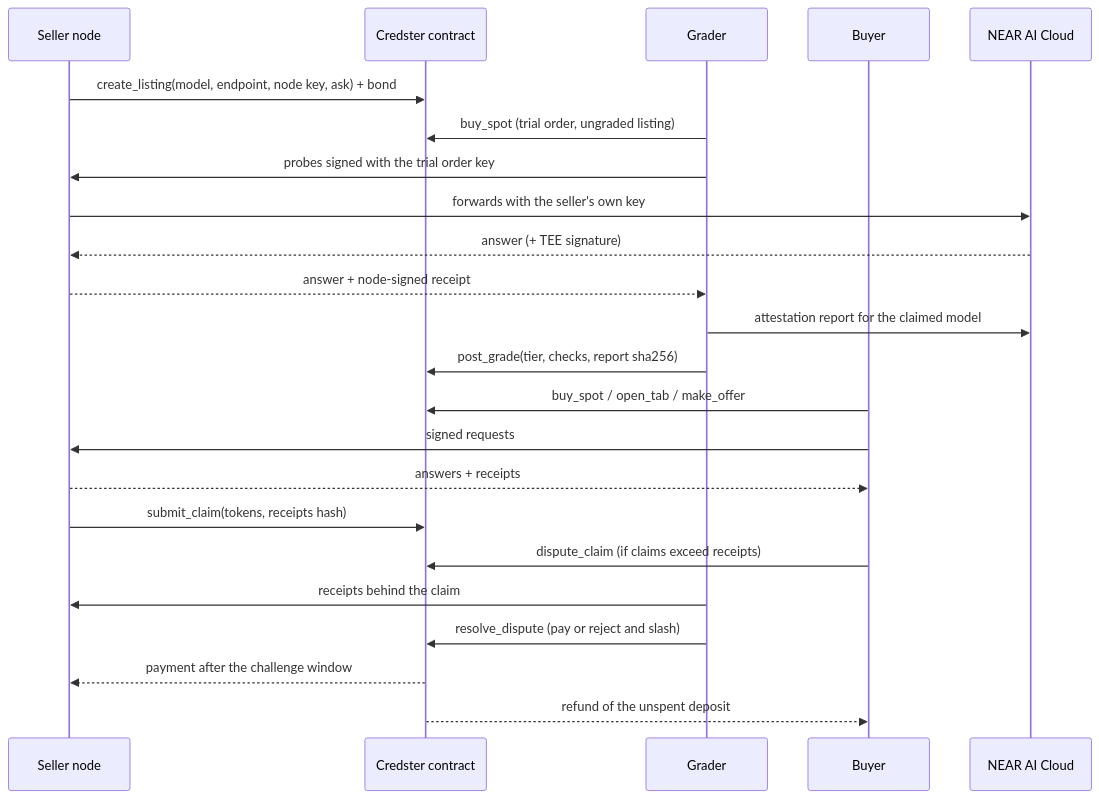
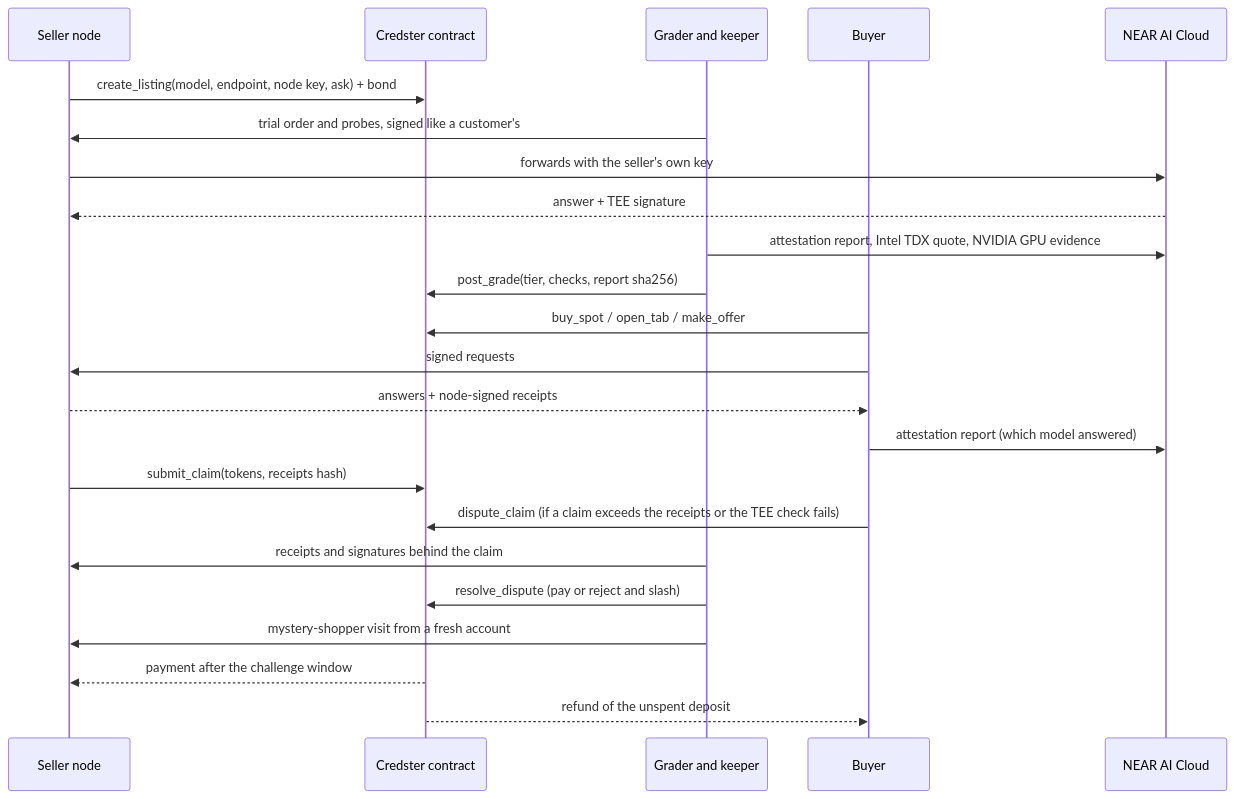
The diagram in README.md (zkasuran/credster), drawn with Mermaid before and after one commit. The commit also changed other lines of this file and 3 other files, not shown here.

Commit message:
README: rebuilt as a product page with light and dark banner, buy and sell paths, trust table, updated diagram and facts

````diff
--- a/README.md
+++ b/README.md
@@ -125,25 +150,25 @@
 ```mermaid
 sequenceDiagram
   participant S as Seller node
   participant C as Credster contract
-  participant G as Grader
+  participant G as Grader and keeper
   participant B as Buyer
   participant N as NEAR AI Cloud
   S->>C: create_listing(model, endpoint, node key, ask) + bond
-  G->>C: buy_spot (trial order, ungraded listing)
-  G->>S: probes signed with the trial order key
+  G->>S: trial order and probes, signed like a customer's
   S->>N: forwards with the seller's own key
-  N-->>S: answer (+ TEE signature)
-  S-->>G: answer + node-signed receipt
-  G->>N: attestation report for the claimed model
+  N-->>S: answer + TEE signature
+  G->>N: attestation report, Intel TDX quote, NVIDIA GPU evidence
   G->>C: post_grade(tier, checks, report sha256)
   B->>C: buy_spot / open_tab / make_offer
   B->>S: signed requests
-  S-->>B: answers + receipts
+  S-->>B: answers + node-signed receipts
+  B->>N: attestation report (which model answered)
   S->>C: submit_claim(tokens, receipts hash)
-  B->>C: dispute_claim (if claims exceed receipts)
-  G->>S: receipts behind the claim
+  B->>C: dispute_claim (if a claim exceeds the receipts or the TEE check fails)
+  G->>S: receipts and signatures behind the claim
   G->>C: resolve_dispute (pay or reject and slash)
+  G->>S: mystery-shopper visit from a fresh account
   C-->>S: payment after the challenge window
   C-->>B: refund of the unspent deposit
 ```
````
